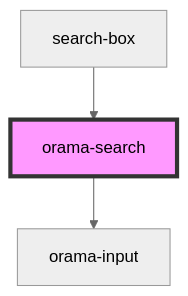
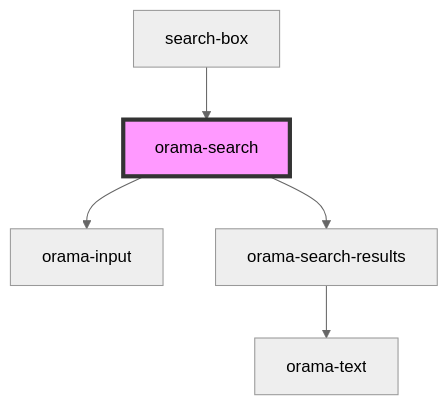
Before and after one commit to askorama/orama-ui-components: the diagram in packages/ui-stencil/src/components/internal/orama-search/readme.md, drawn with Mermaid (neutral theme). The commit also changed other lines of this file and 24 other files, not shown here.

Commit message:
feat: add search results

````diff
--- a/packages/ui-stencil/src/components/internal/orama-search/readme.md
+++ b/packages/ui-stencil/src/components/internal/orama-search/readme.md
@@ -19,6 +20,8 @@
 ```mermaid
 graph TD;
   orama-search --> orama-input
+  orama-search --> orama-search-results
+  orama-search-results --> orama-text
   search-box --> orama-search
   style orama-search fill:#f9f,stroke:#333,stroke-width:4px
 ```
````
